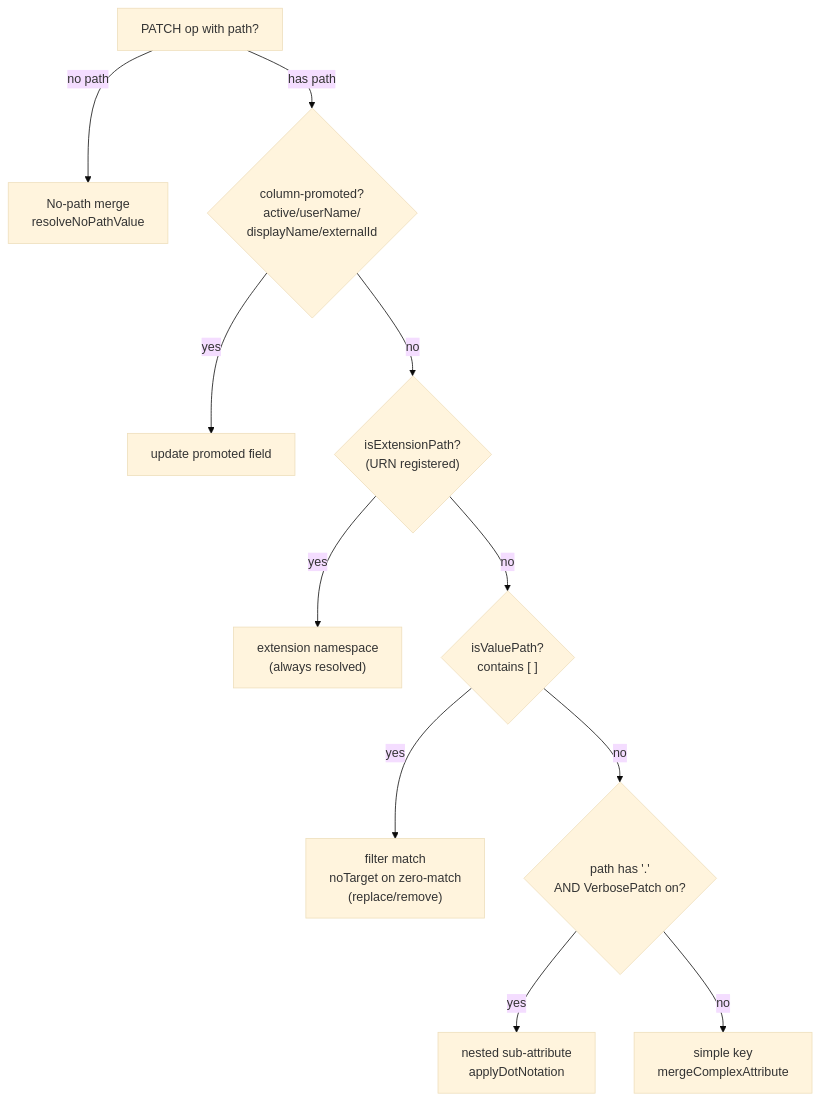
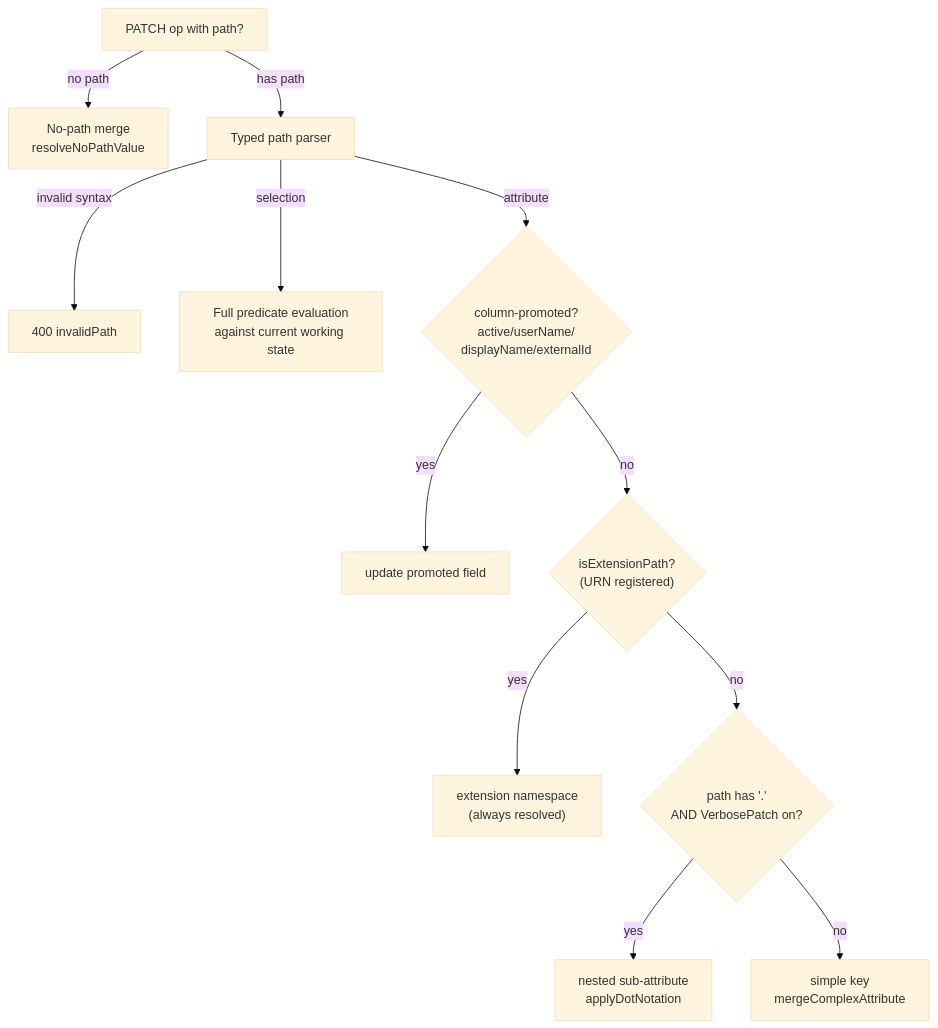
One commit to pranems/SCIMServer changed the third of 4 diagrams in docs/PATCH_OPERATIONS_COMPLETE_GUIDE.md. Above: the diagram before and after it, drawn with Mermaid (base theme). The commit also changed other lines of this file and 37 other files, not shown here.

First line of the commit message:
fix(scim): interpret typed PATCH paths consistently (P1)

````diff
--- a/docs/PATCH_OPERATIONS_COMPLETE_GUIDE.md
+++ b/docs/PATCH_OPERATIONS_COMPLETE_GUIDE.md
@@ -179,13 +192,14 @@
 ```mermaid
 flowchart TD
     P["PATCH op with path?"] -->|no path| NP["No-path merge<br/>resolveNoPathValue"]
-    P -->|has path| COL{"column-promoted?<br/>active/userName/<br/>displayName/externalId"}
+    P -->|has path| PARSE["Typed path parser"]
+    PARSE -->|"invalid syntax"| ERR["400 invalidPath"]
+    PARSE -->|"selection"| VPH["Full predicate evaluation<br/>against current working state"]
+    PARSE -->|"attribute"| COL{"column-promoted?<br/>active/userName/<br/>displayName/externalId"}
     COL -->|yes| COLH["update promoted field"]
     COL -->|no| EXT{"isExtensionPath?<br/>(URN registered)"}
     EXT -->|yes| EXTH["extension namespace<br/>(always resolved)"]
-    EXT -->|no| VP{"isValuePath?<br/>contains [ ]"}
-    VP -->|yes| VPH["filter match<br/>noTarget on zero-match<br/>(replace/remove)"]
-    VP -->|no| DOT{"path has '.'<br/>AND VerbosePatch on?"}
+    EXT -->|no| DOT{"path has '.'<br/>AND VerbosePatch on?"}
     DOT -->|yes| DOTH["nested sub-attribute<br/>applyDotNotation"]
     DOT -->|no| SIMP["simple key<br/>mergeComplexAttribute"]
 ```
````
